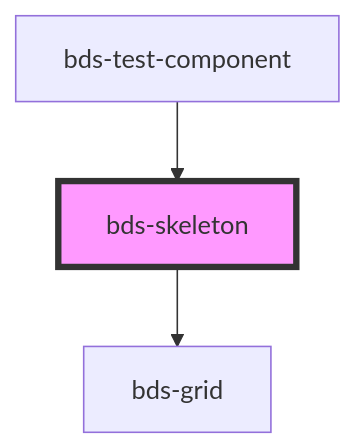
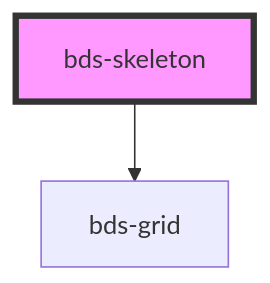
Before and after one commit to takenet/blip-ds: the diagram in src/components/skeleton/readme.md, drawn with Mermaid. The commit also changed other lines of this file and 3 other files, not shown here.

````diff
--- a/src/components/skeleton/readme.md
+++ b/src/components/skeleton/readme.md
@@ -28,6 +24,5 @@
 ```mermaid
 graph TD;
   bds-skeleton --> bds-grid
-  bds-test-component --> bds-skeleton
   style bds-skeleton fill:#f9f,stroke:#333,stroke-width:4px
 ```
````
